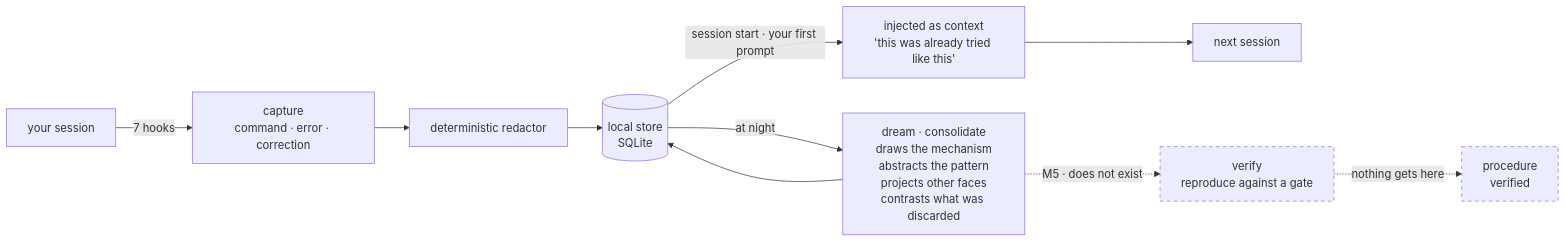
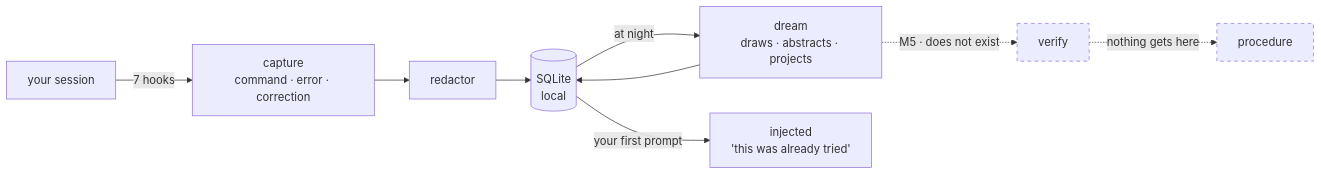
One commit to EvolvingAgentsLabs/nightshift changed the diagram in README.md. Above: the diagram before and after it, drawn with Mermaid. The commit also changed other lines of this file and 2 other files, not shown here.

````diff
--- a/README.md
+++ b/README.md
@@ -28,15 +31,11 @@
 ```mermaid
 flowchart LR
   S["your session"] -->|"7 hooks"| C["capture<br/>command · error · correction"]
-  C --> R["deterministic redactor"]
-  R --> D[("local store<br/>SQLite")]
-  D -->|"at night"| DR["dream · consolidate<br/>draws the mechanism<br/>abstracts the pattern<br/>projects other faces<br/>contrasts what was discarded"]
+  C --> R["redactor"] --> D[("SQLite<br/>local")]
+  D -->|"at night"| DR["dream<br/>draws · abstracts · projects"]
   DR --> D
-  D -->|"session start · your first prompt"| I["injected as context<br/>'this was already tried like this'"]
-  I --> N["next session"]
-  DR -. "M5 · does not exist" .-> V["verify<br/>reproduce against a gate"]
-  V -. "nothing gets here" .-> P["procedure<br/>verified"]
-
+  D -->|"your first prompt"| I["injected<br/>'this was already tried'"]
+  DR -. "M5 · does not exist" .-> V["verify"] -. "nothing gets here" .-> P["procedure"]
   style V stroke-dasharray: 5 5
   style P stroke-dasharray: 5 5
 ```
````
